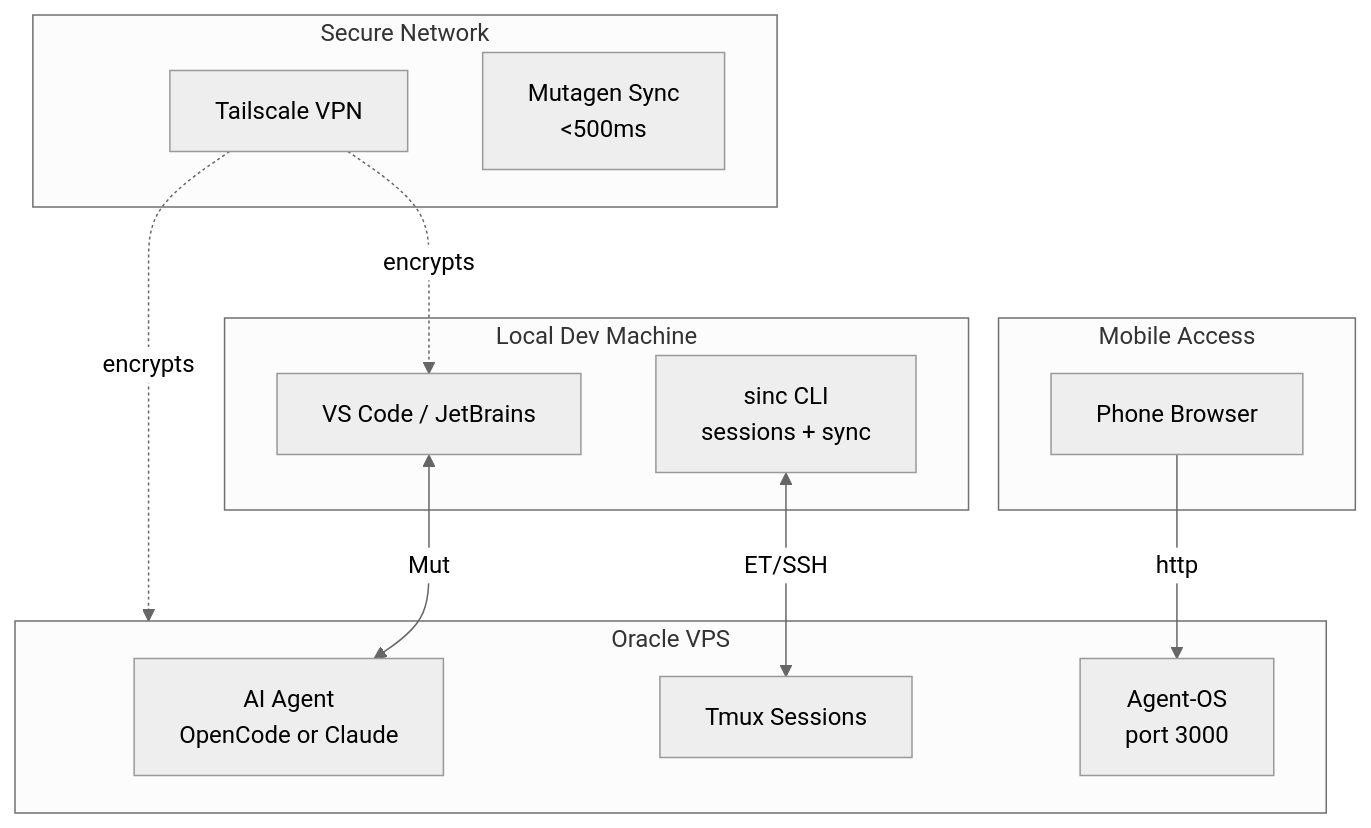
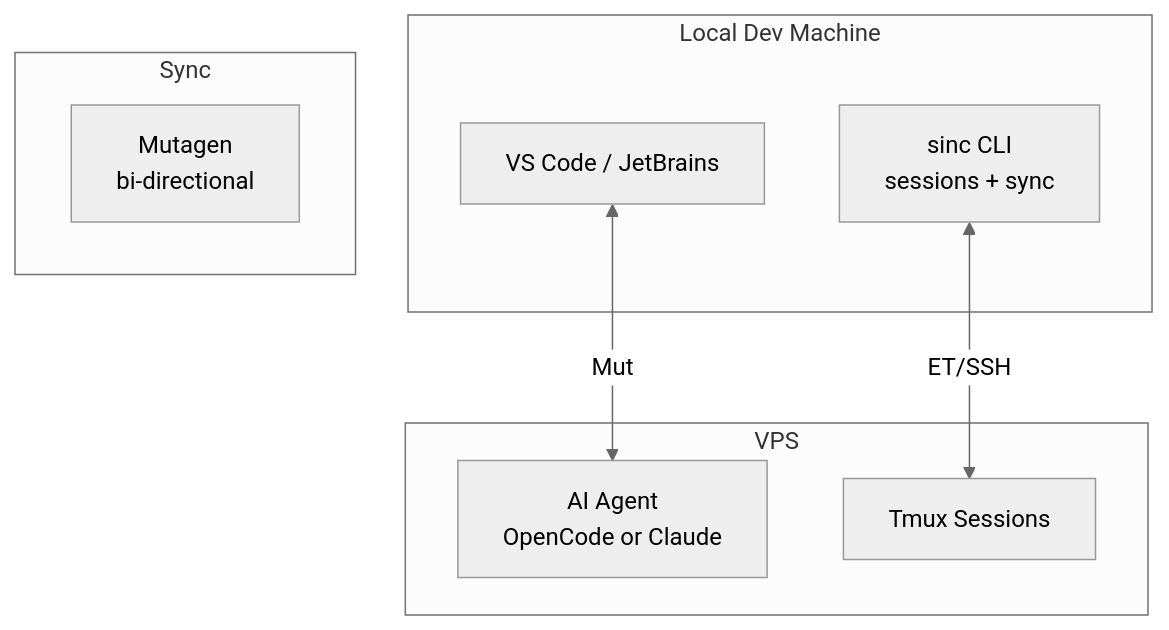
The diagram in README.md (Microck/sincronizado), drawn with Mermaid (neutral theme) before and after one commit. The commit also changed other lines of this file, not shown here.

````diff
--- a/README.md
+++ b/README.md
@@ -30,28 +23,19 @@
 ```mermaid
 graph TB
     subgraph Local["Local Dev Machine"]
         VS[VS Code / JetBrains]
         CLI[sinc CLI<br/>sessions + sync]
     end
 
-    subgraph Network["Secure Network"]
-        TS[Tailscale VPN]
-        Mut[Mutagen Sync<br/><500ms]
+    subgraph Sync["Sync"]
+        Mut[Mutagen<br/>bi-directional]
     end
 
-    subgraph VPS["Oracle VPS"]
+    subgraph VPS["VPS"]
         AI[AI Agent<br/>OpenCode or Claude]
         TM[Tmux Sessions]
-        AO[Agent-OS<br/>port 3000]
-    end
-
-    subgraph Mobile["Mobile Access"]
-        Phone[Phone Browser]
     end
 
     VS <-->|Mut| AI
     CLI <-->|ET/SSH| TM
-    TS -.->|encrypts| VS
-    TS -.->|encrypts| VPS
-    Phone -->|http| AO
 ```
````
